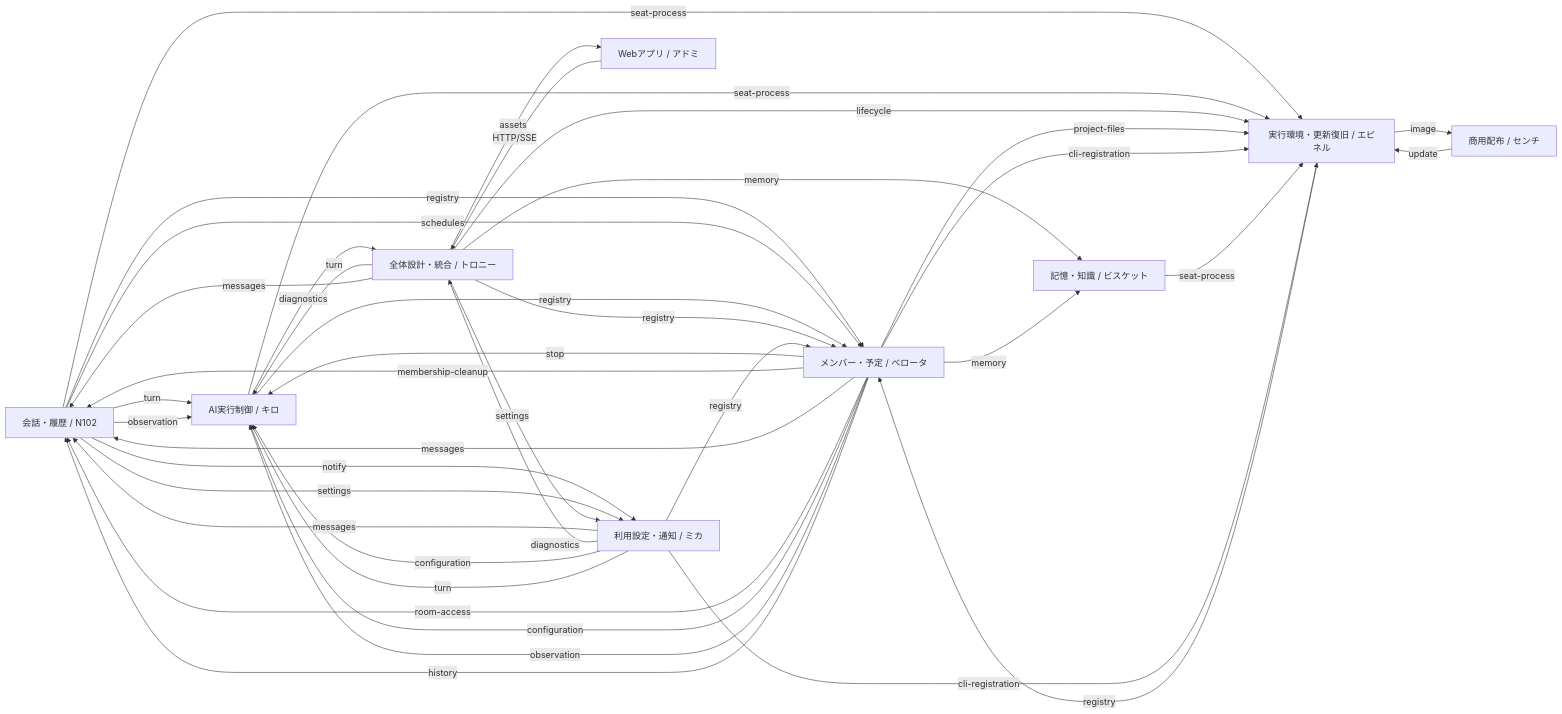
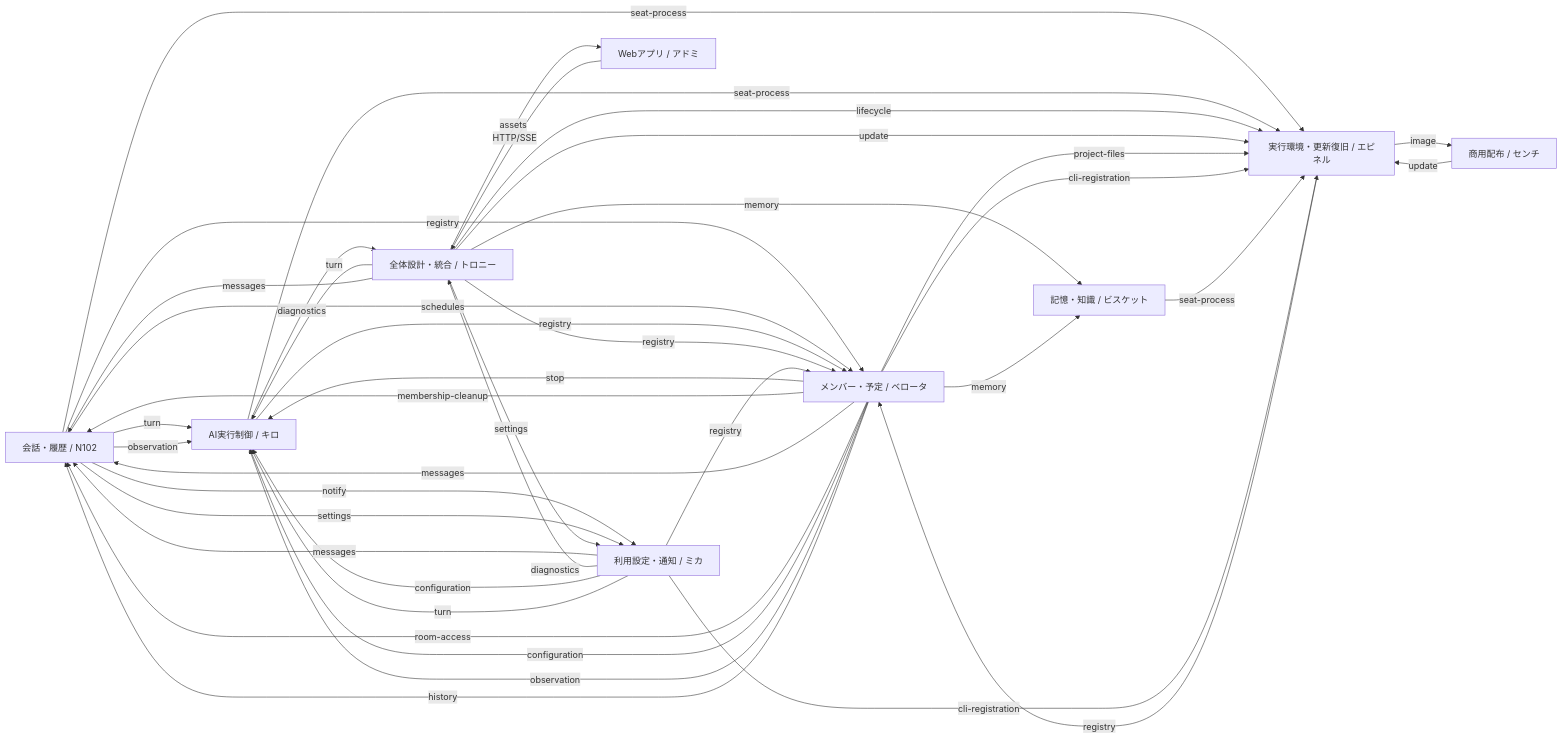
The first of 2 diagrams in docs/architecture/feature-map.md (kitepon/BellTeam), drawn with Mermaid before and after one commit. The commit also changed 8 other files, not shown here.

````diff
--- a/docs/architecture/feature-map.md
+++ b/docs/architecture/feature-map.md
@@ -11,50 +11,51 @@
 ```mermaid
 flowchart LR
   m_conversation["会話・履歴 / N102"]
   m_distribution["商用配布 / センチ"]
   m_execution["AI実行制御 / キロ"]
   m_integration["全体設計・統合 / トロニー"]
   m_members["メンバー・予定 / ベロータ"]
   m_memory["記憶・知識 / ビスケット"]
   m_runtime["実行環境・更新復旧 / エピネル"]
   m_usage["利用設定・通知 / ミカ"]
   m_web["Webアプリ / アドミ"]
   m_conversation -->|"turn"| m_execution
   m_conversation -->|"registry"| m_members
   m_conversation -->|"notify"| m_usage
   m_conversation -->|"schedules"| m_members
   m_conversation -->|"seat-process"| m_runtime
   m_conversation -->|"settings"| m_usage
   m_conversation -->|"observation"| m_execution
   m_distribution -->|"update"| m_runtime
   m_execution -->|"diagnostics"| m_integration
   m_execution -->|"registry"| m_members
   m_execution -->|"seat-process"| m_runtime
   m_integration -->|"turn"| m_execution
   m_integration -->|"messages"| m_conversation
   m_integration -->|"registry"| m_members
   m_integration -->|"settings"| m_usage
   m_integration -->|"memory"| m_memory
   m_integration -->|"lifecycle"| m_runtime
   m_integration -->|"assets"| m_web
+  m_integration -->|"update"| m_runtime
   m_members -->|"stop"| m_execution
   m_members -->|"project-files"| m_runtime
   m_members -->|"cli-registration"| m_runtime
   m_members -->|"membership-cleanup"| m_conversation
   m_members -->|"messages"| m_conversation
   m_members -->|"memory"| m_memory
   m_members -->|"room-access"| m_conversation
   m_members -->|"configuration"| m_execution
   m_members -->|"observation"| m_execution
   m_members -->|"history"| m_conversation
   m_memory -->|"seat-process"| m_runtime
   m_runtime -->|"registry"| m_members
   m_runtime -->|"image"| m_distribution
   m_usage -->|"registry"| m_members
   m_usage -->|"messages"| m_conversation
   m_usage -->|"cli-registration"| m_runtime
   m_usage -->|"diagnostics"| m_integration
   m_usage -->|"configuration"| m_execution
   m_usage -->|"turn"| m_execution
   m_web -->|"HTTP/SSE"| m_integration
 ```
````
